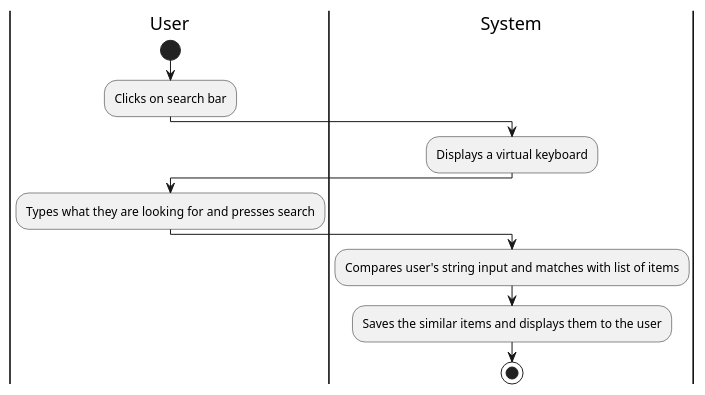
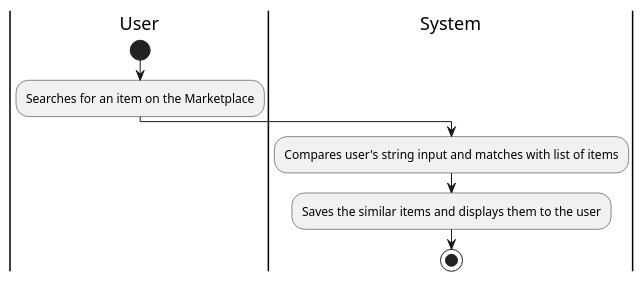
Before and after one commit to remyben-creator/Marketplace-Application: the diagram in Phase1/use-cases/search-for-items.md, drawn with PlantUML. The commit also changed other lines of this file and 4 other files, not shown here.

````diff
--- a/Phase1/use-cases/search-for-items.md
+++ b/Phase1/use-cases/search-for-items.md
@@ -13,15 +15,11 @@
 ```plantuml
 
 |User|
 start
-:Clicks on search bar;
-|System|
-:Displays a virtual keyboard;
-|User|
-:Types what they are looking for and presses search;
+:Searches for an item on the Marketplace;
 |System|
 :Compares user's string input and matches with list of items;
 :Saves the similar items and displays them to the user;
 stop
 @enduml
 ```
````
